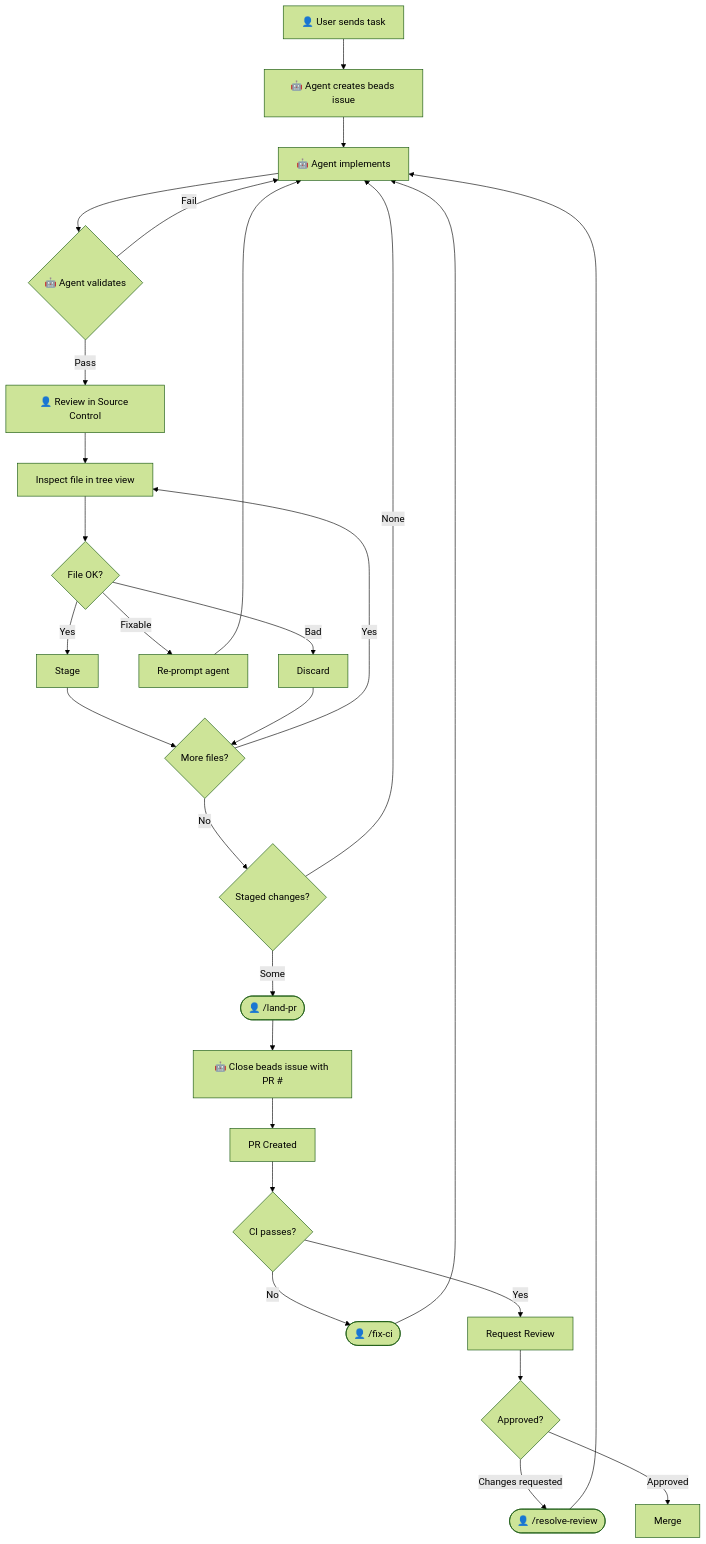
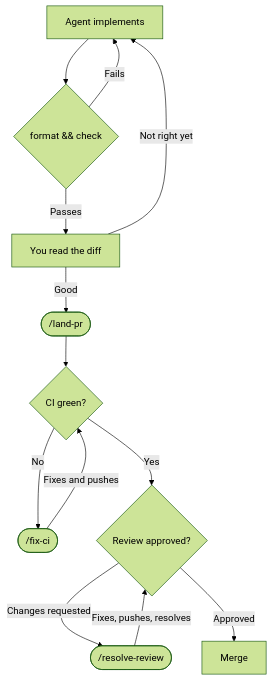
The diagram in docs/contributor/ai-agent-workflow.mdx (ls1intum/Hephaestus), drawn with Mermaid (forest theme) before and after one commit. The commit also changed other lines of this file and 4 other files, not shown here.

````diff
--- a/docs/contributor/ai-agent-workflow.mdx
+++ b/docs/contributor/ai-agent-workflow.mdx
@@ -12,34 +20,17 @@
 ```mermaid
 flowchart TD
     accTitle: AI-assisted contribution workflow
-    accDescr: A user task moves through issue creation, implementation, validation, review, and completion.
-    A[👤 User sends task] --> B[🤖 Agent creates beads issue]
-    B --> C[🤖 Agent implements]
-    C --> D{🤖 Agent validates}
-    D -->|Fail| C
-    D -->|Pass| E[👤 Review in Source Control]
-    
-    E --> F[Inspect file in tree view]
-    F --> G{File OK?}
-    G -->|Yes| H[Stage]
-    G -->|Fixable| I[Re-prompt agent]
-    G -->|Bad| J[Discard]
-    I --> C
-    H --> K{More files?}
-    J --> K
-    K -->|Yes| F
-    K -->|No| L{Staged changes?}
-    
-    L -->|None| C
-    L -->|Some| M([👤 /land-pr])
-    M --> N[🤖 Close beads issue with PR #]
-    N --> O[PR Created]
-    O --> P{CI passes?}
-    P -->|No| Q([👤 /fix-ci])
-    Q --> C
-    P -->|Yes| R[Request Review]
-    R --> S{Approved?}
-    S -->|Changes requested| T([👤 /resolve-review])
-    T --> C
-    S -->|Approved| U[Merge]
+    accDescr: An agent implements and self-validates, you review the diff, land-pr opens the PR, and fix-ci and resolve-review loop back into CI and review.
+    B[Agent implements] --> C{format && check}
+    C -->|Fails| B
+    C -->|Passes| D[You read the diff]
+    D -->|Not right yet| B
+    D -->|Good| F([/land-pr])
+    F --> H{CI green?}
+    H -->|No| I([/fix-ci])
+    I -->|Fixes and pushes| H
+    H -->|Yes| J{Review approved?}
+    J -->|Changes requested| K([/resolve-review])
+    K -->|Fixes, pushes, resolves| J
+    J -->|Approved| L[Merge]
 ```
````
